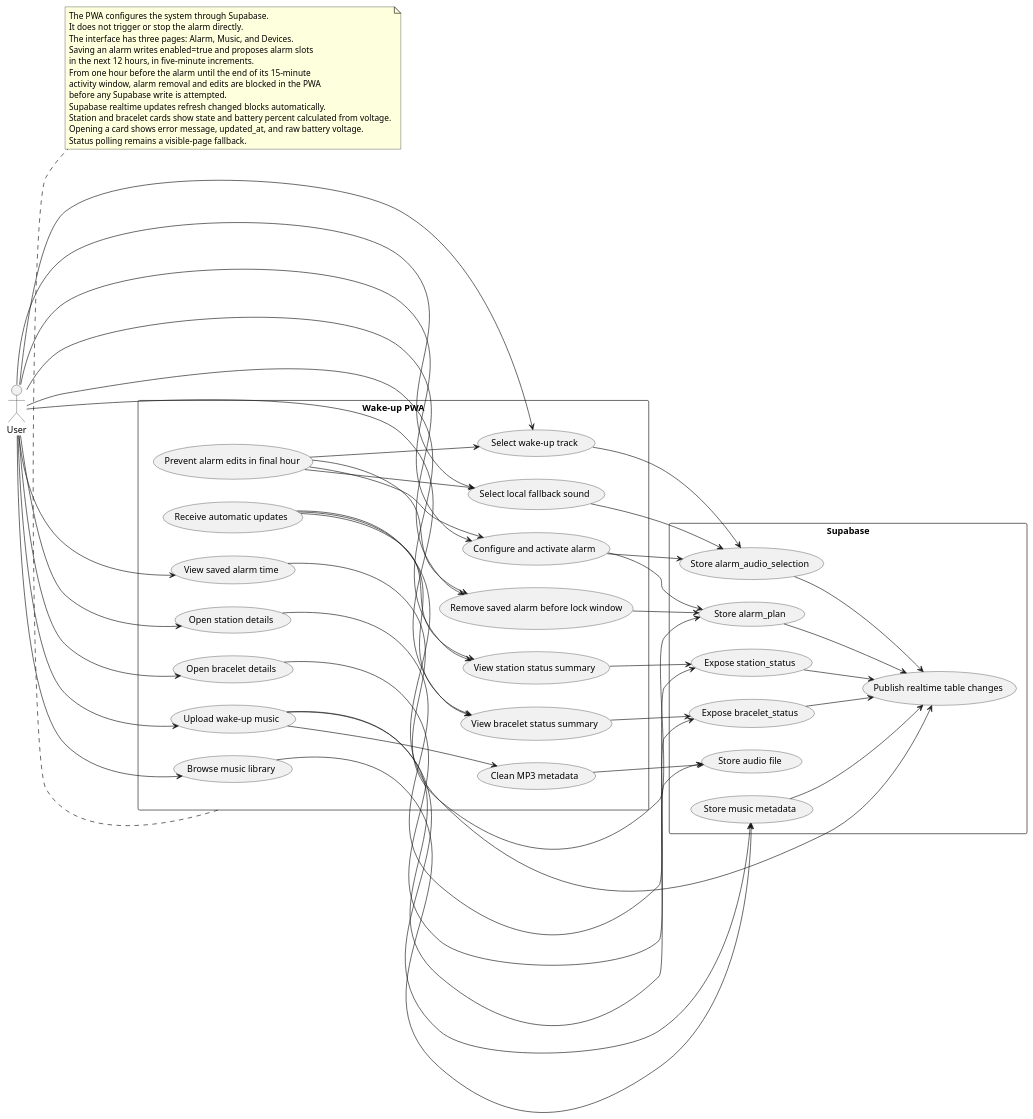
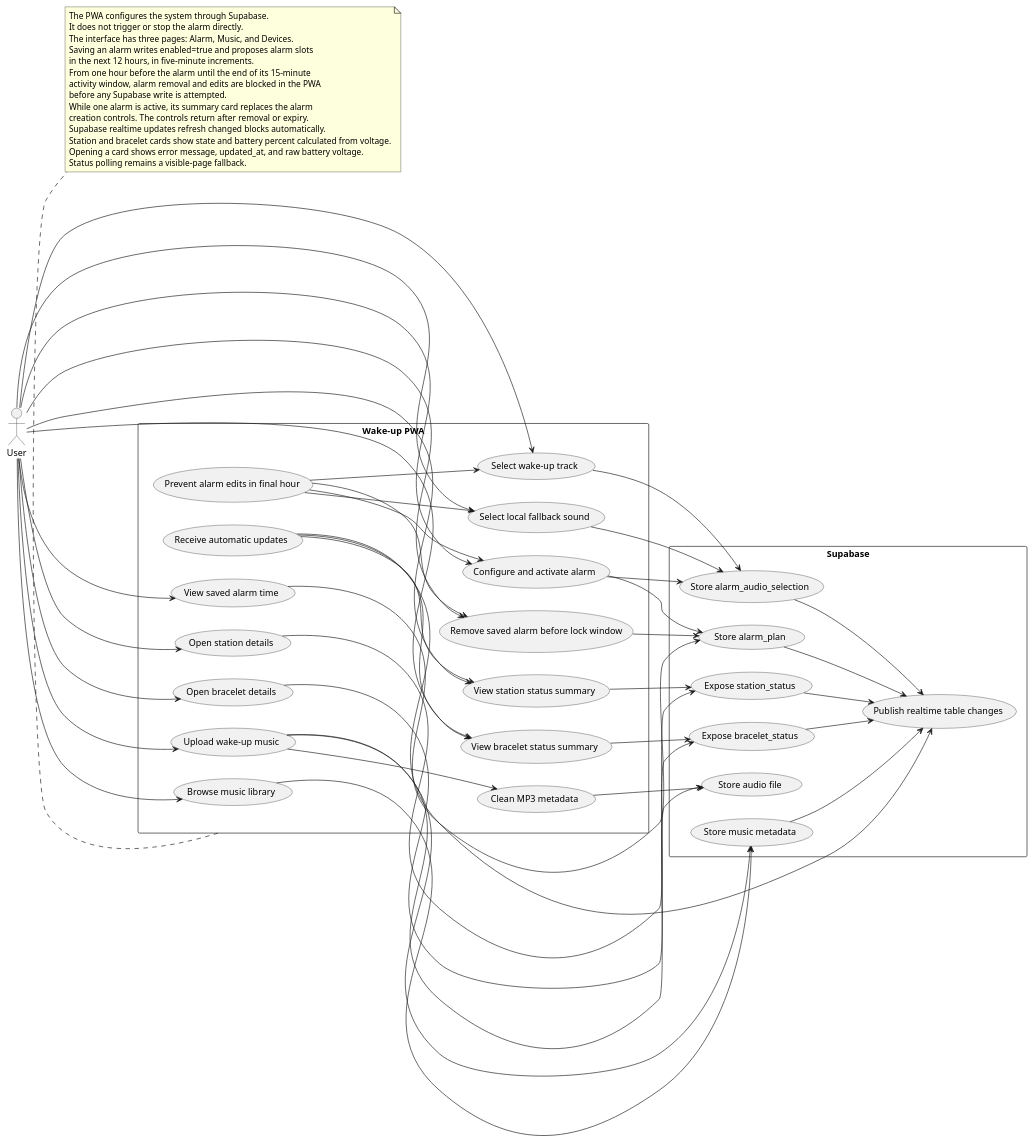
Before and after one commit to Jzn-wbr/Starter: the diagram in code/app mobile/UML/use_cases.puml, drawn with PlantUML. The commit also changed 12 other files, not shown here.

Commit message:
Complete PWA icons and alarm flow

```diff
--- a/code/app mobile/UML/use_cases.puml
+++ b/code/app mobile/UML/use_cases.puml
@@ -1,90 +1,92 @@
 @startuml
 left to right direction
 skinparam packageStyle rectangle
 skinparam shadowing false
 
 actor "User" as User
 
 rectangle "Wake-up PWA" {
   usecase "Upload wake-up music" as UploadMusic
   usecase "Clean MP3 metadata" as CleanMp3Metadata
   usecase "Browse music library" as BrowseMusic
   usecase "Select wake-up track" as SelectTrack
   usecase "Select local fallback sound" as SelectFallback
   usecase "Configure and activate alarm" as ConfigureAlarm
   usecase "View saved alarm time" as ViewSavedAlarm
   usecase "Remove saved alarm before lock window" as RemoveAlarm
   usecase "Prevent alarm edits in final hour" as LockAlarm
   usecase "View station status summary" as ViewStationStatus
   usecase "View bracelet status summary" as ViewBraceletStatus
   usecase "Open station details" as ViewStationDetails
   usecase "Open bracelet details" as ViewBraceletDetails
   usecase "Receive automatic updates" as ReceiveUpdates
 }
 
 rectangle "Supabase" {
   usecase "Store audio file" as StoreAudio
   usecase "Store music metadata" as StoreMusicMetadata
   usecase "Store alarm_plan" as StoreAlarmPlan
   usecase "Store alarm_audio_selection" as StoreAlarmAudio
   usecase "Expose station_status" as ExposeStationStatus
   usecase "Expose bracelet_status" as ExposeBraceletStatus
   usecase "Publish realtime table changes" as PublishRealtime
 }
 
 User --> UploadMusic
 User --> BrowseMusic
 User --> SelectTrack
 User --> SelectFallback
 User --> ConfigureAlarm
 User --> ViewSavedAlarm
 User --> RemoveAlarm
 LockAlarm --> ConfigureAlarm
 LockAlarm --> SelectTrack
 LockAlarm --> SelectFallback
 LockAlarm --> RemoveAlarm
 User --> ViewStationStatus
 User --> ViewBraceletStatus
 User --> ViewStationDetails
 User --> ViewBraceletDetails
 ReceiveUpdates --> ViewStationStatus
 ReceiveUpdates --> ViewBraceletStatus
 
 UploadMusic --> StoreAudio
 UploadMusic --> StoreMusicMetadata
 UploadMusic --> CleanMp3Metadata
 CleanMp3Metadata --> StoreAudio
 BrowseMusic --> StoreMusicMetadata
 SelectTrack --> StoreAlarmAudio
 SelectFallback --> StoreAlarmAudio
 ConfigureAlarm --> StoreAlarmPlan
 ConfigureAlarm --> StoreAlarmAudio
 ViewSavedAlarm --> StoreAlarmPlan
 RemoveAlarm --> StoreAlarmPlan
 ViewStationStatus --> ExposeStationStatus
 ViewBraceletStatus --> ExposeBraceletStatus
 ViewStationDetails --> ExposeStationStatus
 ViewBraceletDetails --> ExposeBraceletStatus
 ExposeStationStatus --> PublishRealtime
 ExposeBraceletStatus --> PublishRealtime
 StoreAlarmPlan --> PublishRealtime
 StoreAlarmAudio --> PublishRealtime
 StoreMusicMetadata --> PublishRealtime
 ReceiveUpdates --> PublishRealtime
 
 note bottom of "Wake-up PWA"
   The PWA configures the system through Supabase.
   It does not trigger or stop the alarm directly.
   The interface has three pages: Alarm, Music, and Devices.
   Saving an alarm writes enabled=true and proposes alarm slots
   in the next 12 hours, in five-minute increments.
   From one hour before the alarm until the end of its 15-minute
   activity window, alarm removal and edits are blocked in the PWA
   before any Supabase write is attempted.
+  While one alarm is active, its summary card replaces the alarm
+  creation controls. The controls return after removal or expiry.
   Supabase realtime updates refresh changed blocks automatically.
   Station and bracelet cards show state and battery percent calculated from voltage.
   Opening a card shows error message, updated_at, and raw battery voltage.
   Status polling remains a visible-page fallback.
 end note
 
 @enduml
```
